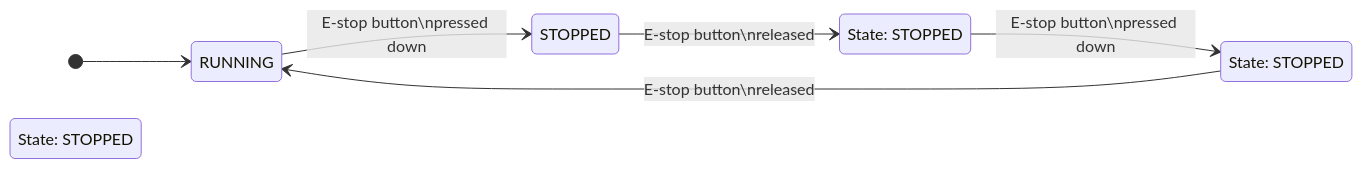
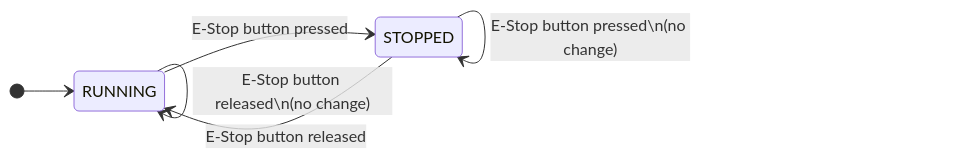
The first of 2 diagrams in README.md (garg-divyansh/CG2111A-Alex), drawn with Mermaid before and after one commit.

Commit message:
Simplify state diagram transitions for E-stop

````diff
--- a/README.md
+++ b/README.md
@@ -641,16 +641,11 @@
 ```mermaid
 stateDiagram-v2
     direction LR
 
     [*] --> RUNNING
-    
-    RUNNING --> STOPPED : E-stop button\npressed down
-    
-    state "State: STOPPED" as STOP1
-    state "State: STOPPED" as STOP2
-    state "State: STOPPED" as STOP3
 
-    STOPPED --> STOP1 : E-stop button\nreleased
-    STOP1 --> STOP2 : E-stop button\npressed down
-    STOP2 --> RUNNING : E-stop button\nreleased
+    RUNNING --> STOPPED : E-Stop button pressed
+    STOPPED --> RUNNING : E-Stop button released
+    STOPPED --> STOPPED : E-Stop button pressed\n(no change)
+    RUNNING --> RUNNING : E-Stop button released\n(no change)
 ```
````
